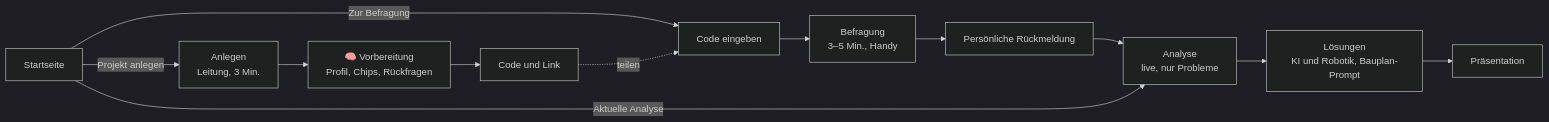
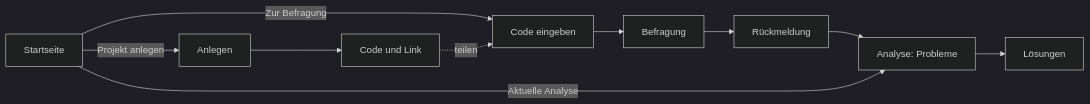
Before and after one commit to fachkraefte/hackathon26: the diagram in KONZEPT_V3.md, drawn with Mermaid (dark theme). The commit also changed other lines of this file and 25 other files, not shown here.

````diff
--- a/KONZEPT_V3.md
+++ b/KONZEPT_V3.md
@@ -13,14 +11,12 @@
 ```mermaid
 flowchart LR
-    S[Startseite] -->|Projekt anlegen| A[Anlegen<br/>Leitung, 3 Min.]
-    A --> V[🧠 Vorbereitung<br/>Profil, Chips, Rückfragen]
-    V --> C[Code und Link]
+    S[Startseite] -->|Projekt anlegen| A[Anlegen]
+    A --> C[Code und Link]
     S -->|Zur Befragung| Z[Code eingeben]
     C -.teilen.-> Z
-    Z --> B[Befragung<br/>3–5 Min., Handy]
-    B --> R[Persönliche Rückmeldung]
-    R --> AN[Analyse<br/>live, nur Probleme]
+    Z --> B[Befragung]
+    B --> R[Rückmeldung]
+    R --> AN[Analyse: Probleme]
     S -->|Aktuelle Analyse| AN
-    AN --> L[Lösungen<br/>KI und Robotik, Bauplan-Prompt]
-    L --> P[Präsentation]
+    AN --> L[Lösungen]
 ```
````
